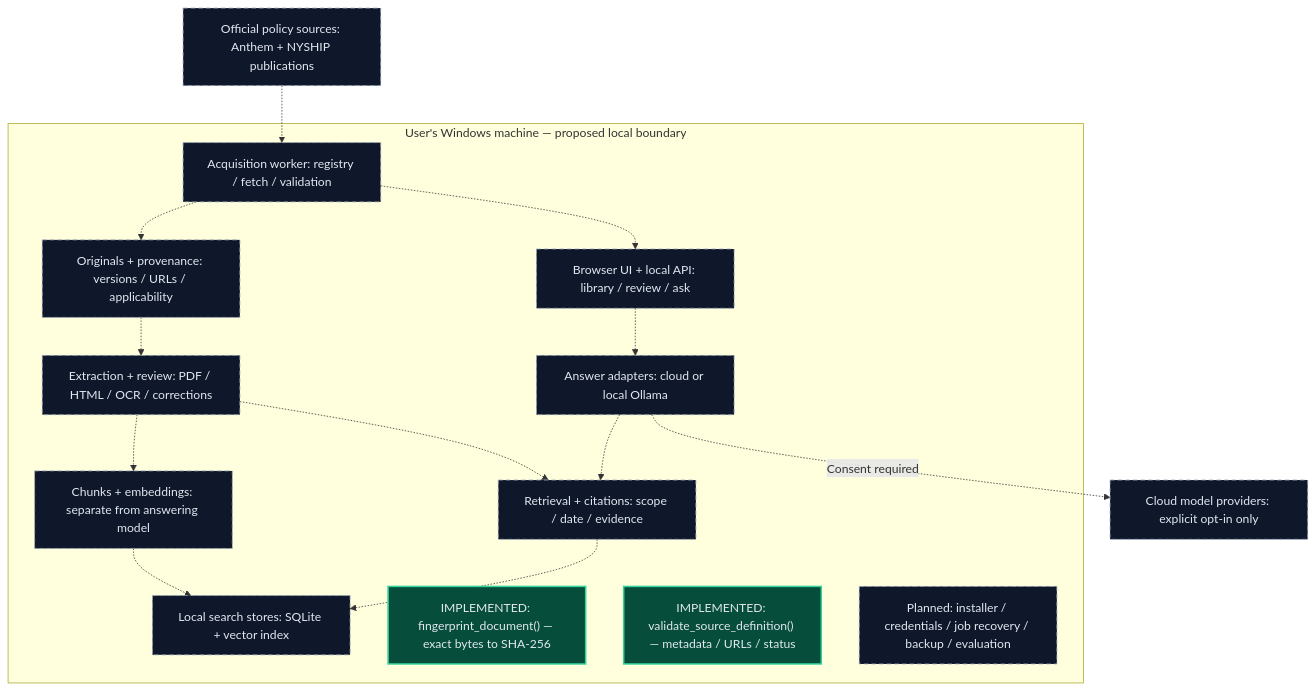
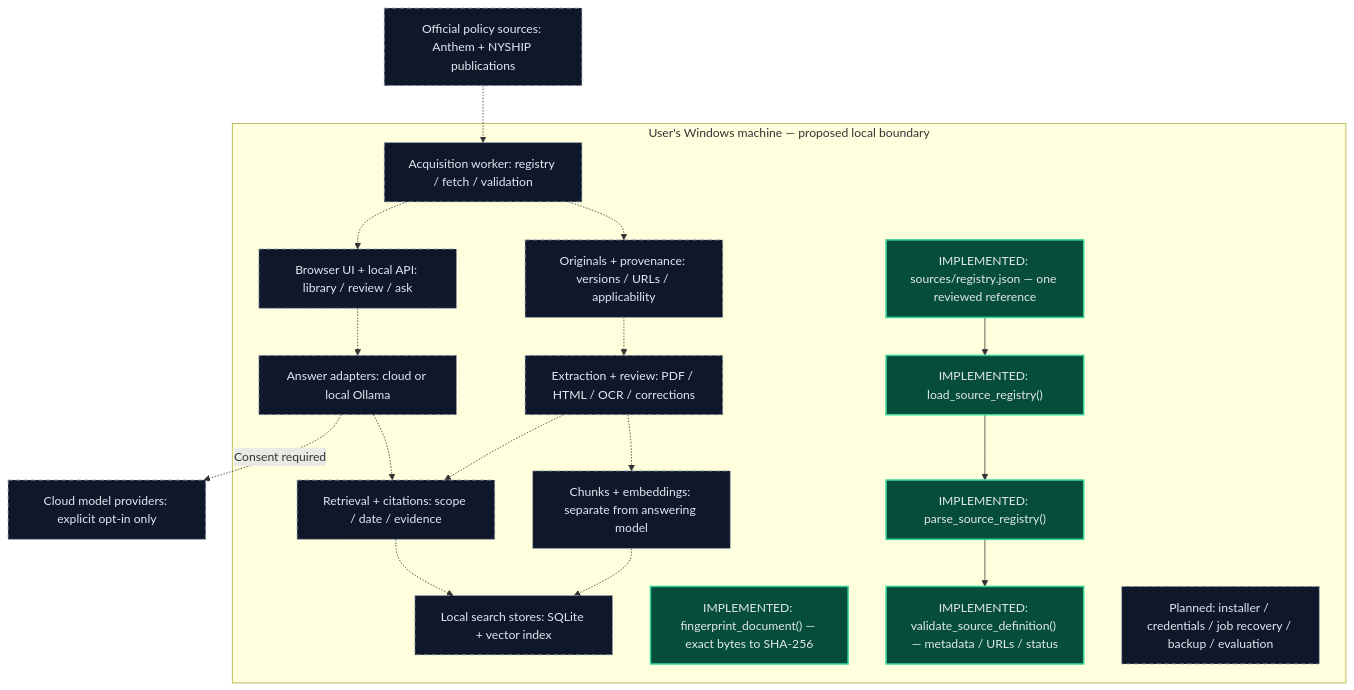
One commit to spsanderson/PayerPolicy_ChatBot changed the diagram in docs/architecture.md. Above: the diagram before and after it, drawn with Mermaid. The commit also changed other lines of this file and 7 other files, not shown here.

First line of the commit message:
Add local source registry loading and first Anthem reference

````diff
--- a/docs/architecture.md
+++ b/docs/architecture.md
@@ -18,37 +19,43 @@
 ```mermaid
 flowchart TB
     sources["Official policy sources: Anthem + NYSHIP publications"]
     cloud["Cloud model providers: explicit opt-in only"]
 
     subgraph windows["User's Windows machine — proposed local boundary"]
         acquisition["Acquisition worker: registry / fetch / validation"]
         ui["Browser UI + local API: library / review / ask"]
         adapters["Answer adapters: cloud or local Ollama"]
         originals["Originals + provenance: versions / URLs / applicability"]
         extraction["Extraction + review: PDF / HTML / OCR / corrections"]
         retrieval["Retrieval + citations: scope / date / evidence"]
         chunks["Chunks + embeddings: separate from answering model"]
         stores["Local search stores: SQLite + vector index"]
         fingerprint["IMPLEMENTED: fingerprint_document() — exact bytes to SHA-256"]
         validator["IMPLEMENTED: validate_source_definition() — metadata / URLs / status"]
+        registryfile["IMPLEMENTED: sources/registry.json — one reviewed reference"]
+        loader["IMPLEMENTED: load_source_registry()"]
+        parser["IMPLEMENTED: parse_source_registry()"]
+        registryfile --> loader
+        loader --> parser
+        parser --> validator
         support["Planned: installer / credentials / job recovery / backup / evaluation"]
 
         acquisition -.-> originals
         acquisition -.-> ui
         originals -.-> extraction
         extraction -.-> chunks
         extraction -.-> retrieval
         chunks -.-> stores
         ui -.-> adapters
         adapters -.-> retrieval
         retrieval -.-> stores
     end
 
     sources -.-> acquisition
     adapters -.->|"Consent required"| cloud
 
     classDef planned fill:#0f172a,stroke:#94a3b8,stroke-dasharray:6 4,color:#e2e8f0;
     classDef implemented fill:#064e3b,stroke:#34d399,stroke-width:2px,color:#e2e8f0;
     class sources,cloud,acquisition,ui,adapters,originals,extraction,retrieval,chunks,stores,support planned;
-    class fingerprint,validator implemented;
+    class fingerprint,validator,registryfile,loader,parser implemented;
 ```
````
